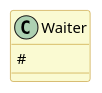
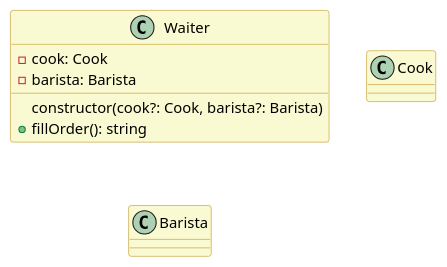
Before and after one commit to plkpiotr/design-patterns: the diagram in src/app/structural/facade/facade.puml, drawn with PlantUML. The commit also changed 9 other files, not shown here.

Commit message:
Launch test and remove redundant information from diagrams

```diff
--- a/src/app/structural/facade/facade.puml
+++ b/src/app/structural/facade/facade.puml
@@ -1,13 +1,24 @@
 @startuml
 
 skinparam class {
   backgroundColor lightgoldenrodyellow
   arrowColor darkgoldenrod
   borderColor darkgoldenrod
 }
 
 class Waiter {
-  #
+  - cook: Cook
+  - barista: Barista
+  constructor(cook?: Cook, barista?: Barista)
+  + fillOrder(): string
+}
+
+class Cook {
+
+}
+
+class Barista {
+
 }
 
 @enduml
```
